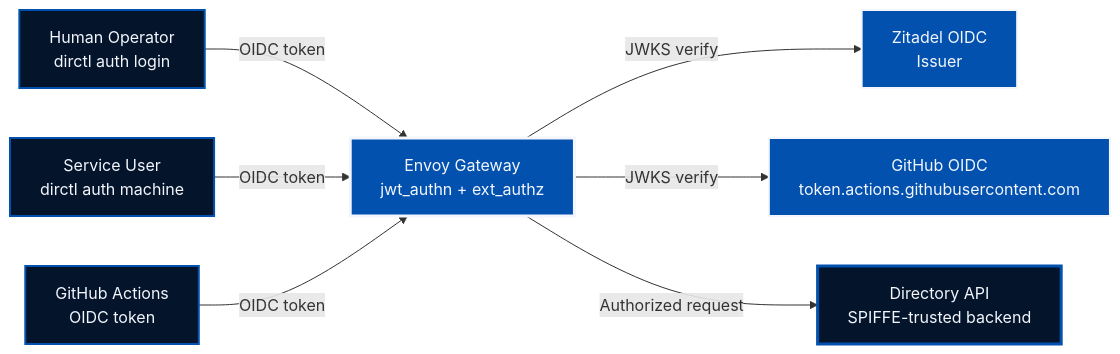
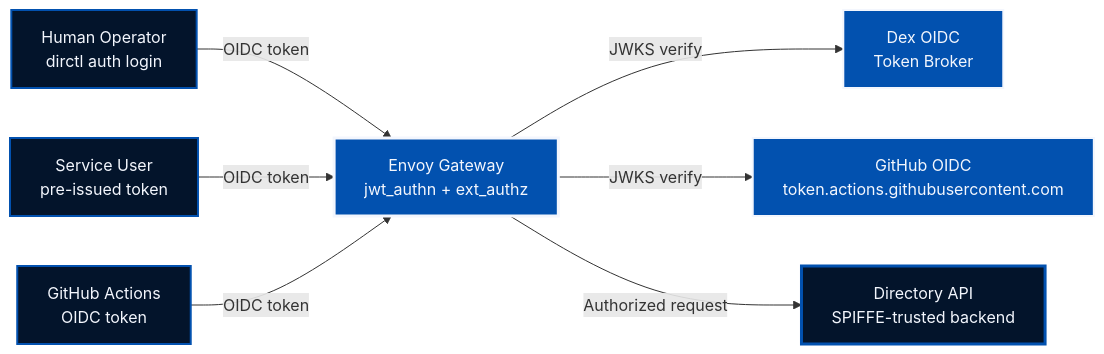
The first of 2 diagrams in _posts/2026-03-16-directory-oidc-authentication-unified-access.md (agntcy/blogs), drawn with Mermaid before and after one commit. The commit also changed other lines of this file, not shown here.

Commit message:
docs: update directory oidc auth

````diff
--- a/_posts/2026-03-16-directory-oidc-authentication-unified-access.md
+++ b/_posts/2026-03-16-directory-oidc-authentication-unified-access.md
@@ -41,26 +41,26 @@
 ```mermaid
 flowchart LR
     classDef actor fill:#03142b,stroke:#0251af,stroke-width:2px,color:#f3f6fd;
     classDef idp fill:#0251af,stroke:#f3f6fd,stroke-width:2px,color:#f3f6fd;
     classDef gateway fill:#0251af,stroke:#f3f6fd,stroke-width:3px,color:#f3f6fd;
     classDef api fill:#03142b,stroke:#0251af,stroke-width:3px,color:#f3f6fd;
 
     H[Human Operator<br/>dirctl auth login]:::actor
-    M[Service User<br/>dirctl auth machine]:::actor
+    SU[Service User<br/>pre-issued token]:::actor
     GHA[GitHub Actions<br/>OIDC token]:::actor
 
-    Zitadel[Zitadel OIDC<br/>Issuer]:::idp
+    Dex[Dex OIDC<br/>Token Broker]:::idp
     GitHubOIDC[GitHub OIDC<br/>token.actions.githubusercontent.com]:::idp
 
     Envoy[Envoy Gateway<br/>jwt_authn + ext_authz]:::gateway
     API[Directory API<br/>SPIFFE-trusted backend]:::api
 
     H -->|OIDC token| Envoy
-    M -->|OIDC token| Envoy
+    SU -->|OIDC token| Envoy
     GHA -->|OIDC token| Envoy
 
-    Envoy -->|JWKS verify| Zitadel
+    Envoy -->|JWKS verify| Dex
     Envoy -->|JWKS verify| GitHubOIDC
 
     Envoy -->|Authorized request| API
 ```
````
